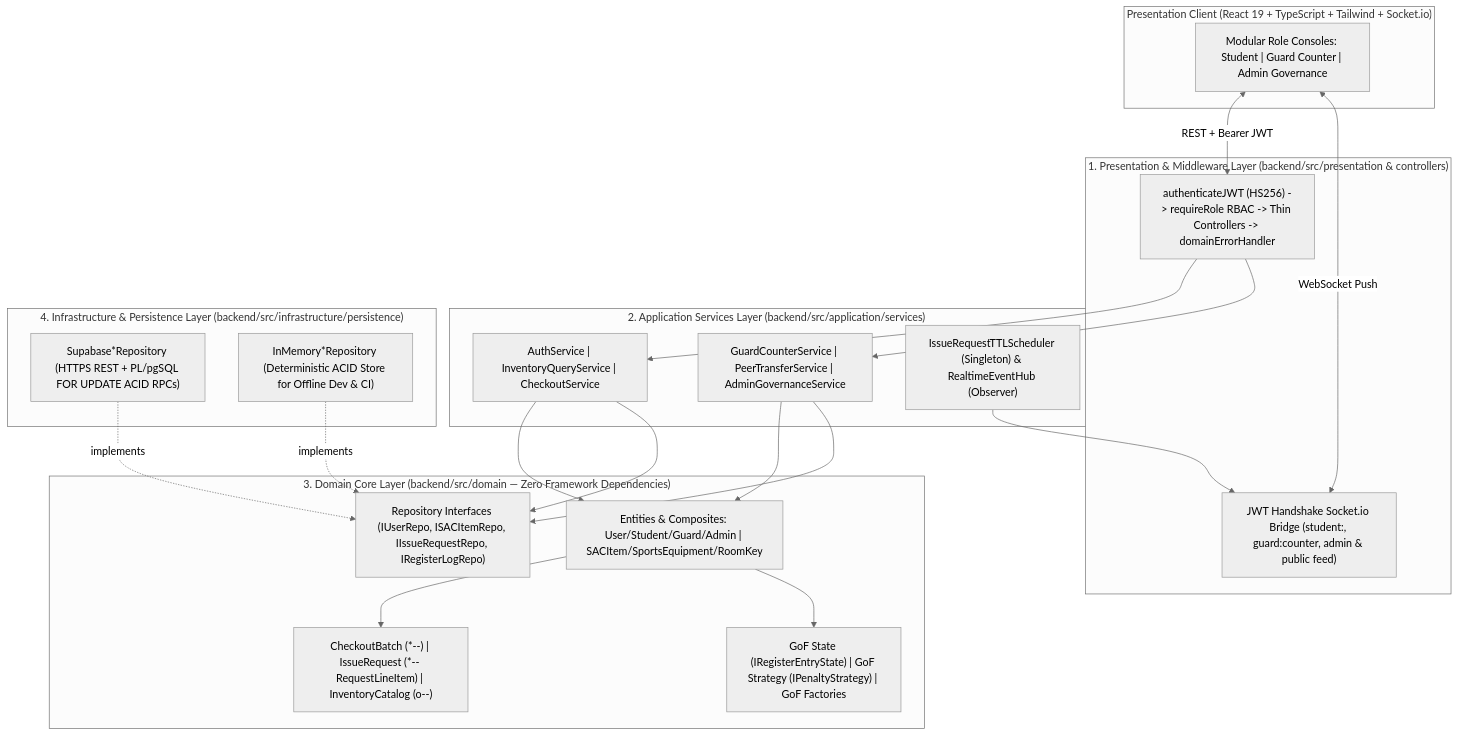
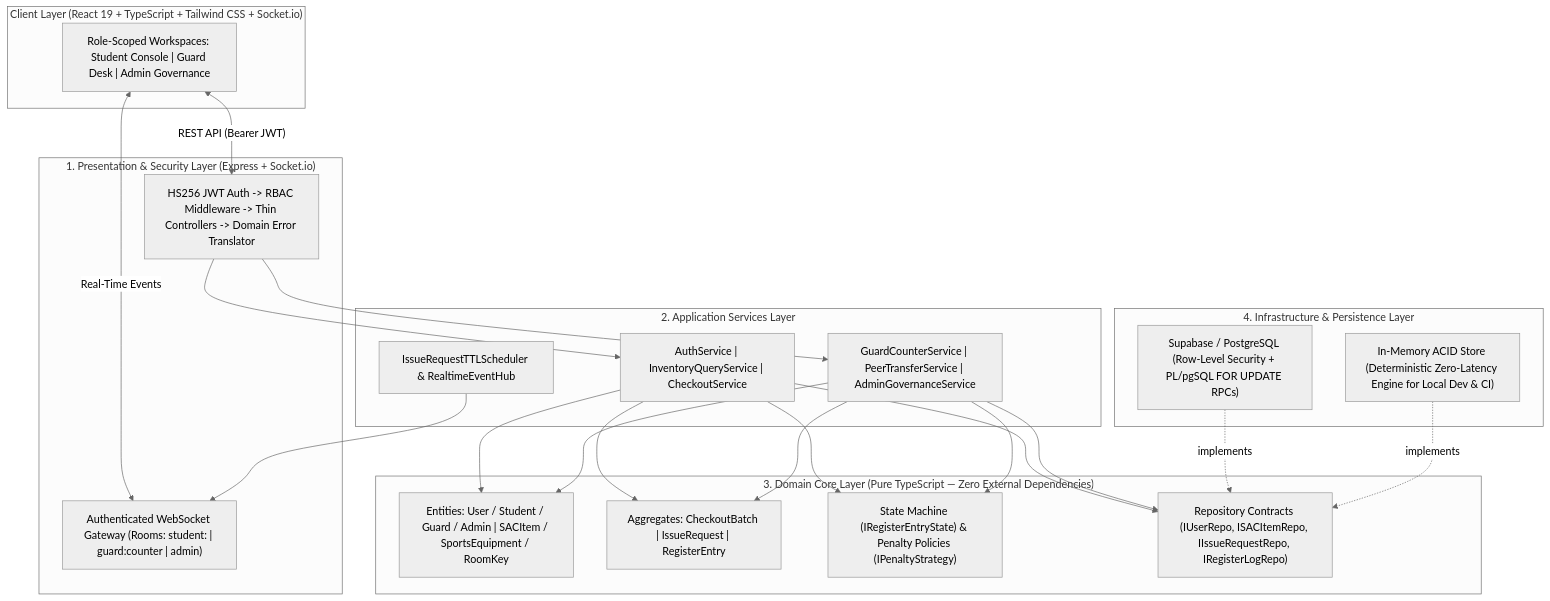
One commit to HarshitRSethi/SACPulse changed the diagram in README.md. Above: the diagram before and after it, drawn with Mermaid (neutral theme). The commit also changed other lines of this file and 1 other file, not shown here.

````diff
--- a/README.md
+++ b/README.md
@@ -19,43 +63,37 @@
 ```mermaid
 flowchart TB
-    subgraph Client["Presentation Client (React 19 + TypeScript + Tailwind + Socket.io)"]
-        UI["Modular Role Consoles: Student | Guard Counter | Admin Governance"]
+    subgraph Client["Client Layer (React 19 + TypeScript + Tailwind CSS + Socket.io)"]
+        UI["Role-Scoped Workspaces: Student Console | Guard Desk | Admin Governance"]
     end
 
-    subgraph Presentation["1. Presentation & Middleware Layer (backend/src/presentation & controllers)"]
-        MW["authenticateJWT (HS256) -> requireRole RBAC -> Thin Controllers -> domainErrorHandler"]
-        WS["JWT Handshake Socket.io Bridge (student:<id>, guard:counter, admin & public feed)"]
+    subgraph Presentation["1. Presentation & Security Layer (Express + Socket.io)"]
+        MW["HS256 JWT Auth -> RBAC Middleware -> Thin Controllers -> Domain Error Translator"]
+        WS["Authenticated WebSocket Gateway (Rooms: student:<id> | guard:counter | admin)"]
     end
 
-    subgraph Application["2. Application Services Layer (backend/src/application/services)"]
-        AS["AuthService | InventoryQueryService | CheckoutService"]
-        AS2["GuardCounterService | PeerTransferService | AdminGovernanceService"]
-        SCHED["IssueRequestTTLScheduler (Singleton) & RealtimeEventHub (Observer)"]
+    subgraph Application["2. Application Services Layer"]
+        SVC1["AuthService | InventoryQueryService | CheckoutService"]
+        SVC2["GuardCounterService | PeerTransferService | AdminGovernanceService"]
+        HUB["IssueRequestTTLScheduler & RealtimeEventHub"]
     end
 
-    subgraph Domain["3. Domain Core Layer (backend/src/domain — Zero Framework Dependencies)"]
-        ENT["Entities & Composites: User/Student/Guard/Admin | SACItem/SportsEquipment/RoomKey"]
-        REL["CheckoutBatch (*--) | IssueRequest (*-- RequestLineItem) | InventoryCatalog (o--)"]
-        PAT["GoF State (IRegisterEntryState) | GoF Strategy (IPenaltyStrategy) | GoF Factories"]
-        DIP["Repository Interfaces (IUserRepo, ISACItemRepo, IIssueRequestRepo, IRegisterLogRepo)"]
+    subgraph Domain["3. Domain Core Layer (Pure TypeScript — Zero External Dependencies)"]
+        ENT["Entities: User / Student / Guard / Admin | SACItem / SportsEquipment / RoomKey"]
+        AGG["Aggregates: CheckoutBatch | IssueRequest | RegisterEntry"]
+        MOD["State Machine (IRegisterEntryState) & Penalty Policies (IPenaltyStrategy)"]
+        REPO["Repository Contracts (IUserRepo, ISACItemRepo, IIssueRequestRepo, IRegisterLogRepo)"]
     end
 
-    subgraph Infrastructure["4. Infrastructure & Persistence Layer (backend/src/infrastructure/persistence)"]
-        SUPA["Supabase*Repository (HTTPS REST + PL/pgSQL FOR UPDATE ACID RPCs)"]
-        MEM["InMemory*Repository (Deterministic ACID Store for Offline Dev & CI)"]
+    subgraph Infrastructure["4. Infrastructure & Persistence Layer"]
+        PG["Supabase / PostgreSQL (Row-Level Security + PL/pgSQL FOR UPDATE RPCs)"]
+        MEM["In-Memory ACID Store (Deterministic Zero-Latency Engine for Local Dev & CI)"]
     end
 
-    UI <-->|"REST + Bearer JWT"| MW
-    UI <-->|"WebSocket Push"| WS
-    MW --> AS
-    MW --> AS2
-    SCHED --> WS
-    AS --> ENT
-    AS2 --> ENT
-    AS --> DIP
-    AS2 --> DIP
-    ENT --> REL
-    ENT --> PAT
-    SUPA -.->|"implements"| DIP
-    MEM -.->|"implements"| DIP
+    UI <-->|"REST API (Bearer JWT)"| MW
+    UI <-->|"Real-Time Events"| WS
+    MW --> SVC1 & SVC2
+    HUB --> WS
+    SVC1 & SVC2 --> ENT & AGG & MOD & REPO
+    PG -.->|"implements"| REPO
+    MEM -.->|"implements"| REPO
 ```
````
